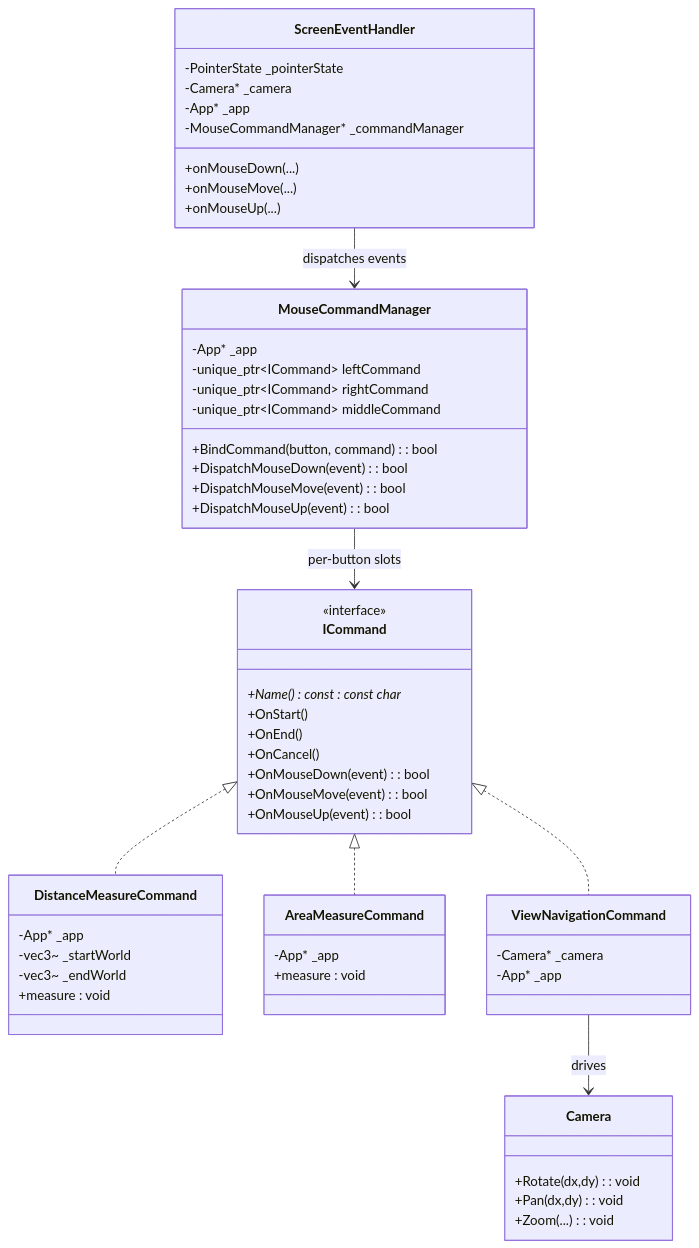
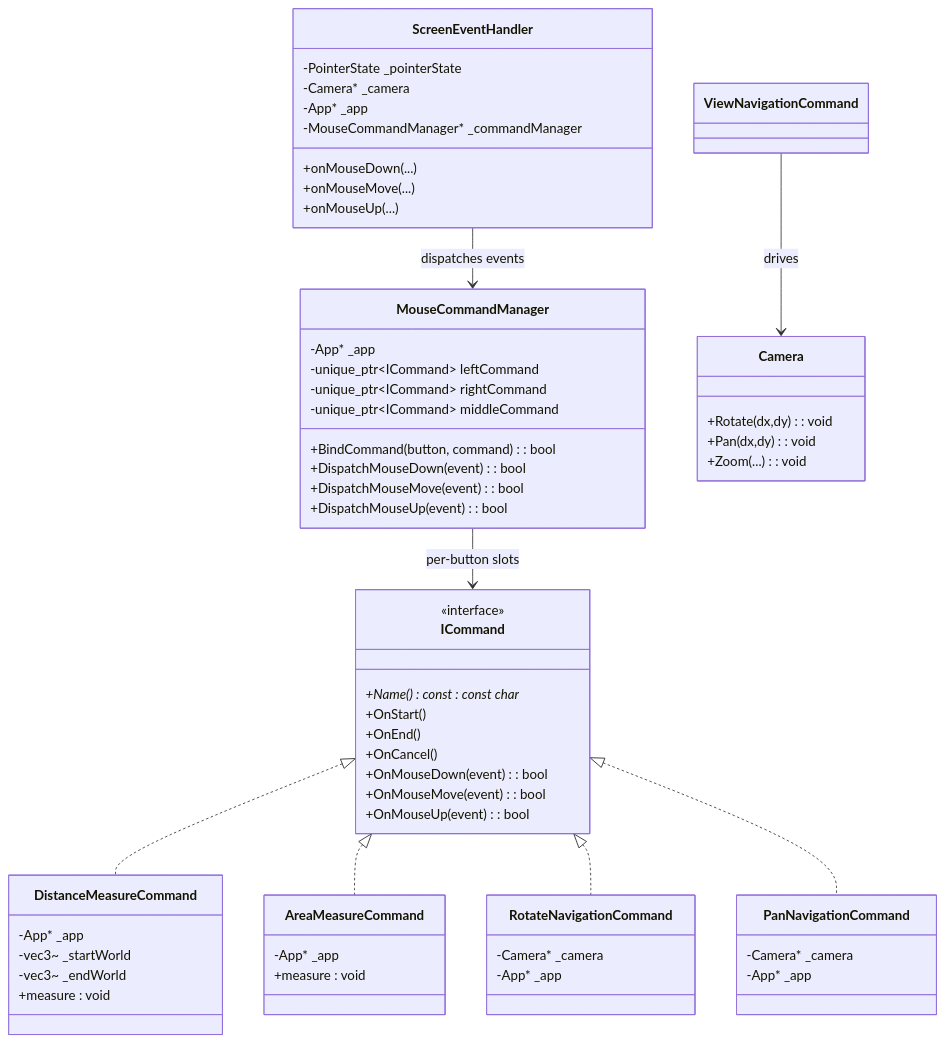
The second of 2 diagrams in GraphV3.md (vfa-khaidt1/vfa-cdn), drawn with Mermaid before and after one commit.

````diff
--- a/GraphV3.md
+++ b/GraphV3.md
@@ -36,66 +36,72 @@
 ```mermaid
 classDiagram
     class ScreenEventHandler {
         -PointerState _pointerState
         -Camera* _camera
         -App* _app
         -MouseCommandManager* _commandManager
         +onMouseDown(...)
         +onMouseMove(...)
         +onMouseUp(...)
     }
 
     class ICommand {
         <<interface>>
         +Name() const : const char*
         +OnStart()
         +OnEnd()
         +OnCancel()
         +OnMouseDown(event): bool
         +OnMouseMove(event): bool
         +OnMouseUp(event): bool
     }
 
     class MouseCommandManager {
         -App* _app
         -unique_ptr~ICommand~ leftCommand
         -unique_ptr~ICommand~ rightCommand
         -unique_ptr~ICommand~ middleCommand
         +BindCommand(button, command): bool
         +DispatchMouseDown(event): bool
         +DispatchMouseMove(event): bool
         +DispatchMouseUp(event): bool
     }
 
     class DistanceMeasureCommand {
         -App* _app
         -vec3~ _startWorld
         -vec3~ _endWorld
         +measure : void
     }
 
     class AreaMeasureCommand {
         -App* _app
         +measure : void
     }
 
-    class ViewNavigationCommand {
+    class PanNavigationCommand {
+        -Camera* _camera
+        -App* _app
+    }
+
+    class RotateNavigationCommand {
         -Camera* _camera
         -App* _app
     }
 
     class Camera {
         +Rotate(dx,dy): void
         +Pan(dx,dy): void
         +Zoom(...): void
     }
 
 
     ICommand <|.. DistanceMeasureCommand
-    ICommand <|.. ViewNavigationCommand
     ICommand <|.. AreaMeasureCommand
+    ICommand <|.. RotateNavigationCommand
+    ICommand <|.. PanNavigationCommand
 
     ScreenEventHandler --> MouseCommandManager : dispatches events
     MouseCommandManager --> ICommand : per-button slots
     ViewNavigationCommand --> Camera : drives
 ```
````
